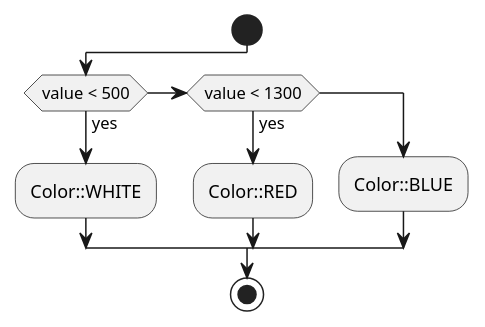
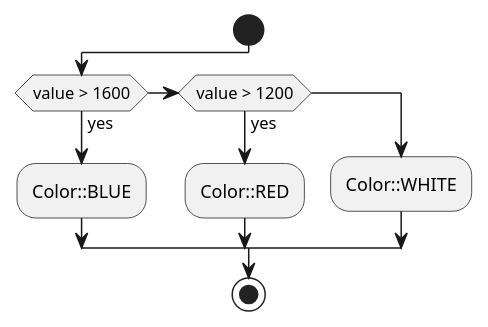
The fifth of 5 diagrams in documentation/api.pu (SchmidJoel/FischertechnikTXTApi), drawn with PlantUML before and after one commit. The commit also changed 1 other file, not shown here.

```diff
--- a/documentation/api.pu
+++ b/documentation/api.pu
@@ -307,11 +307,11 @@
 @startuml decision-tree-color
 start
-if (value < 500) then (yes)
-  :Color::WHITE;
-elseif (value < 1300) then (yes)
+if (value > 1600) then (yes)
+  :Color::BLUE;
+elseif (value > 1200) then (yes)
   :Color::RED;
 else ()
-  :Color::BLUE;
+  :Color::WHITE;
 endif
 stop
 @enduml
```
